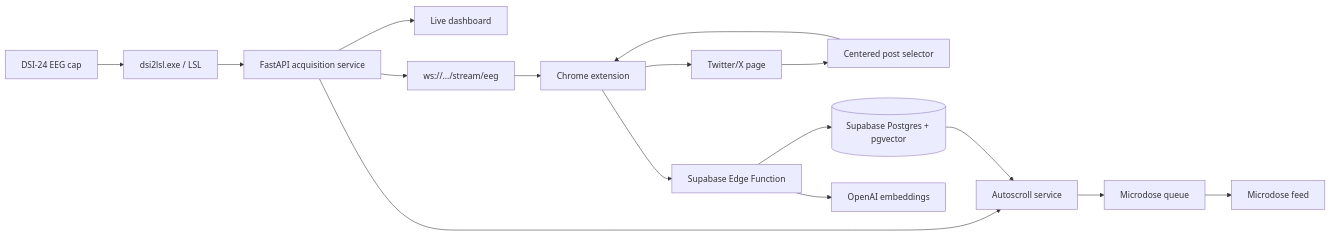
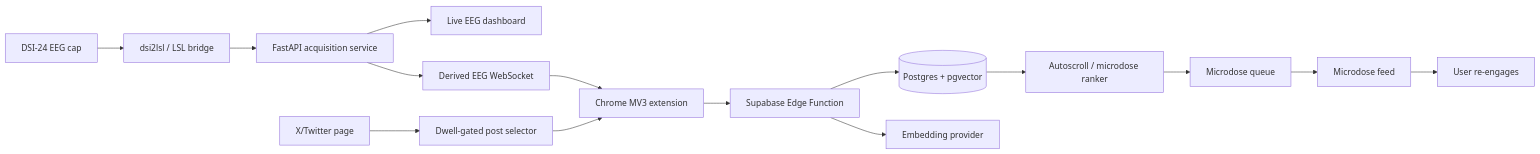
One commit to lolismek/dopamaxx changed the diagram in README.md. Above: the diagram before and after it, drawn with Mermaid. The commit also changed other lines of this file, not shown here.

````diff
--- a/README.md
+++ b/README.md
@@ -55,20 +92,20 @@
 ```mermaid
 flowchart LR
-  DSI[DSI-24 EEG cap] --> Bridge[dsi2lsl.exe / LSL]
+  DSI[DSI-24 EEG cap] --> Bridge[dsi2lsl / LSL bridge]
   Bridge --> Acquisition[FastAPI acquisition service]
-  Acquisition --> Dashboard[Live dashboard]
-  Acquisition --> EEGWS[ws://.../stream/eeg]
+  Acquisition --> Dashboard[Live EEG dashboard]
+  Acquisition --> EEGWS[Derived EEG WebSocket]
 
-  Chrome[Chrome extension] --> X[Twitter/X page]
-  X --> Selector[Centered post selector]
-  Selector --> Chrome
-  EEGWS --> Chrome
-  Chrome --> Edge[Supabase Edge Function]
-  Edge --> DB[(Supabase Postgres + pgvector)]
-  Edge --> OpenAI[OpenAI embeddings]
+  X[X/Twitter page] --> Selector[Dwell-gated post selector]
+  Selector --> Extension[Chrome MV3 extension]
+  EEGWS --> Extension
 
-  Acquisition --> Agent[Autoscroll service]
-  DB --> Agent
-  Agent --> Queue[Microdose queue]
+  Extension --> Edge[Supabase Edge Function]
+  Edge --> DB[(Postgres + pgvector)]
+  Edge --> Embed[Embedding provider]
+
+  DB --> Ranker[Autoscroll / microdose ranker]
+  Ranker --> Queue[Microdose queue]
   Queue --> Feed[Microdose feed]
+  Feed --> User[User re-engages]
 ```
````
